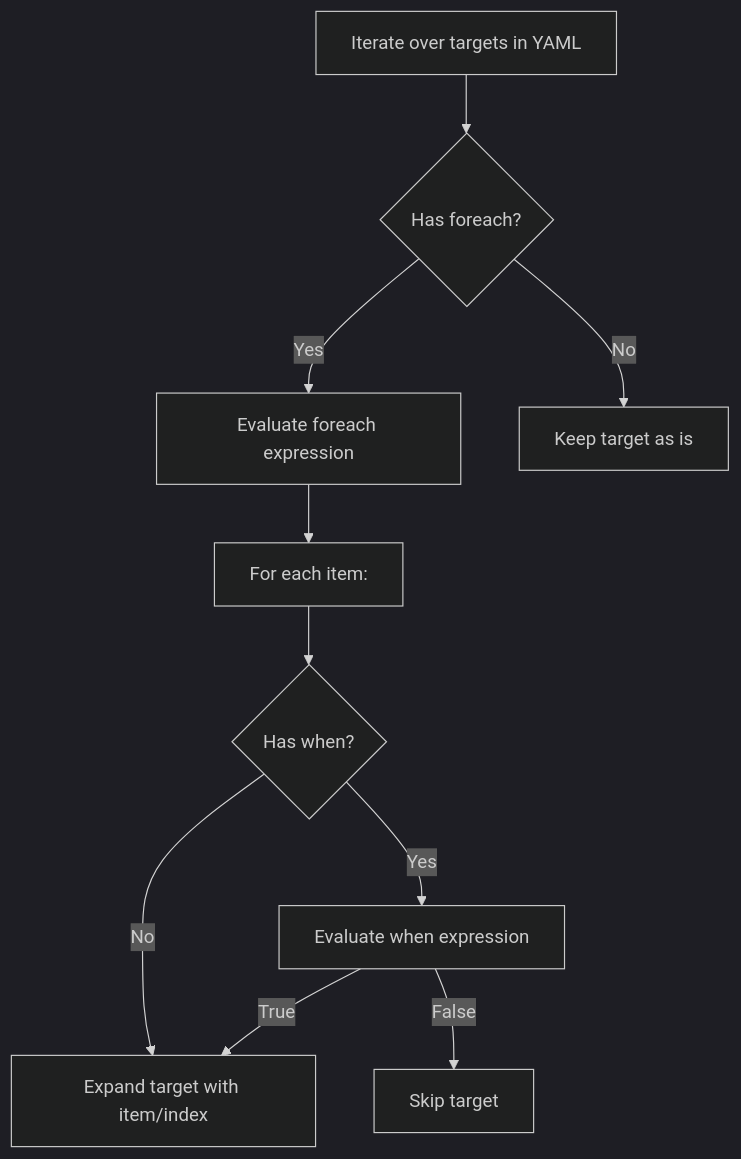
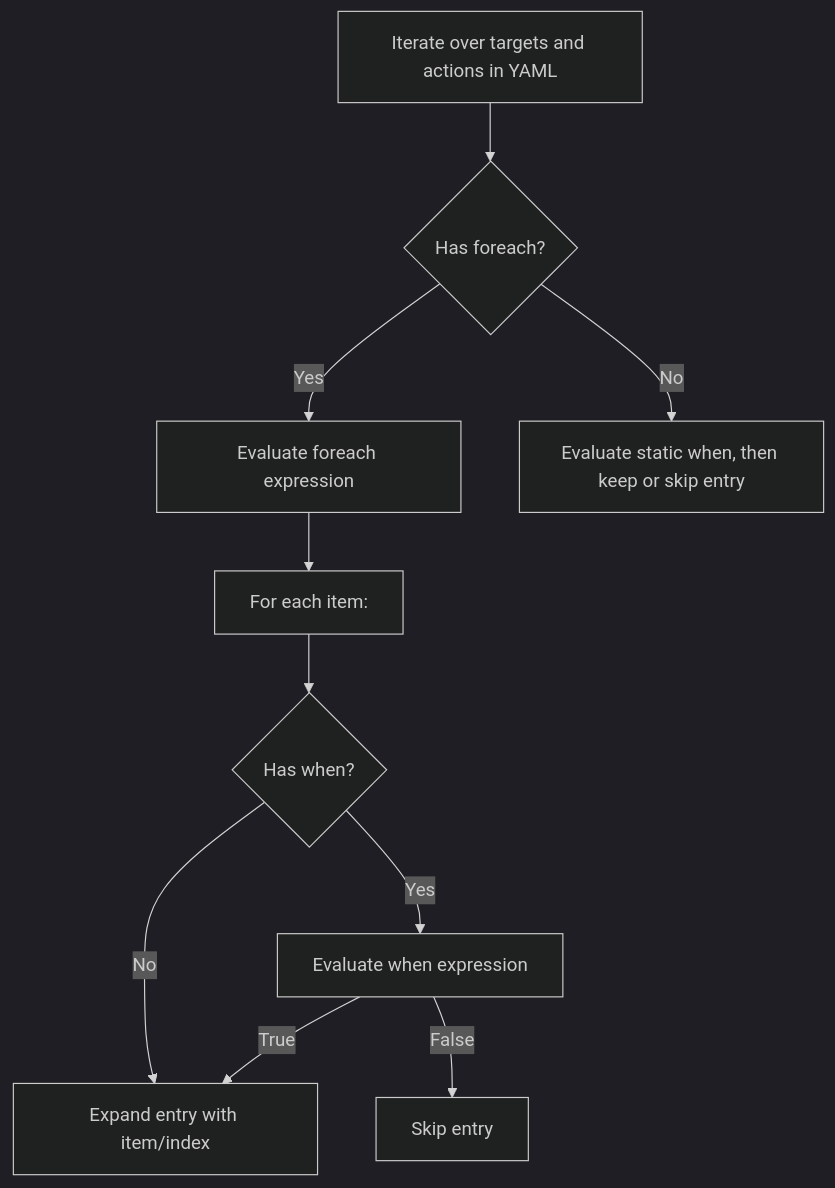
One commit to leynos/netsuke changed the third of 12 diagrams in docs/netsuke-design.md. Above: the diagram before and after it, drawn with Mermaid (dark theme). The commit also changed other lines of this file and 1 other file, not shown here.

````diff
--- a/docs/netsuke-design.md
+++ b/docs/netsuke-design.md
@@ -359,12 +372,12 @@
 ```mermaid
 flowchart TD
-    A[Iterate over targets in YAML] --> B{Has foreach?}
+    A[Iterate over targets and actions in YAML] --> B{Has foreach?}
     B -- Yes --> C[Evaluate foreach expression]
     C --> D[For each item:]
     D --> E{Has when?}
     E -- Yes --> F[Evaluate when expression]
-    F -- True --> G[Expand target with item/index]
-    F -- False --> H[Skip target]
+    F -- True --> G[Expand entry with item/index]
+    F -- False --> H[Skip entry]
     E -- No --> G
-    B -- No --> I[Keep target as is]
+    B -- No --> I[Evaluate static when, then keep or skip entry]
 ```
````
